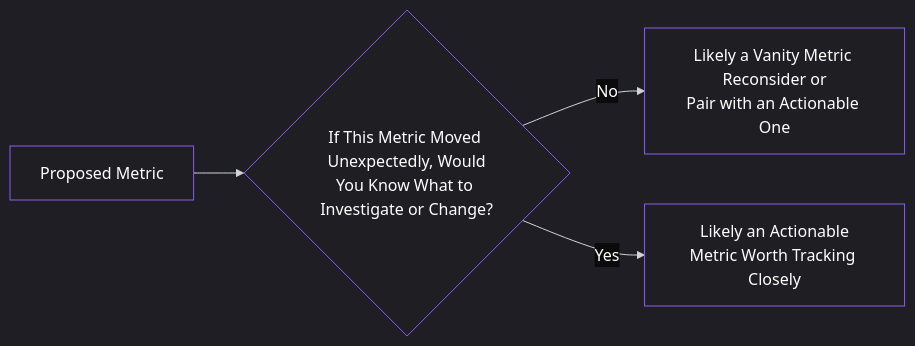
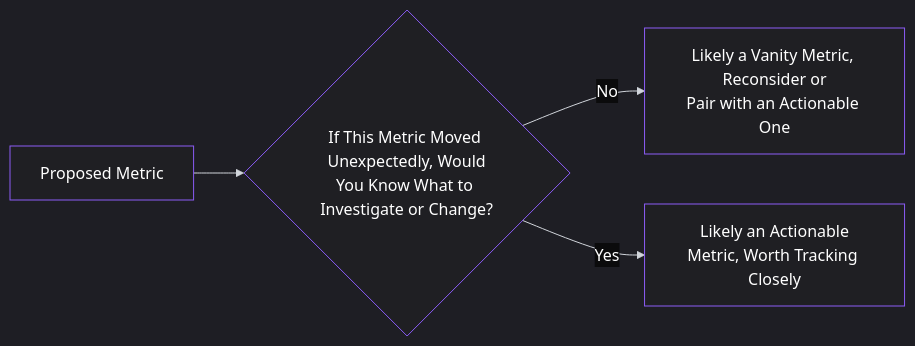
Before and after one commit to pmacademy-app/web: the first of 3 diagrams in content/lessons/lesson-041.md, drawn with Mermaid. The commit also changed other lines of this file and 275 other files, not shown here.

````diff
--- a/content/lessons/lesson-041.md
+++ b/content/lessons/lesson-041.md
@@ -61,36 +61,36 @@
 ```mermaid
 %%{init: {
   "theme": "dark",
   "themeVariables": {
     "background": "#0b0b0c",
     "primaryColor": "#1f1f23",
     "primaryTextColor": "#ffffff",
     "primaryBorderColor": "#8b5cf6",
     "lineColor": "#d1d5db",
     "secondaryColor": "#18181b",
     "tertiaryColor": "#111111",
     "mainBkg": "#1f1f23",
     "nodeBorder": "#8b5cf6",
     "clusterBkg": "#000000",
     "clusterBorder": "#27272a",
     "titleColor": "#ffffff",
     "edgeLabelBackground": "#0b0b0c",
     "nodeTextColor": "#ffffff",
     "edgeLabelColor": "#ffffff",
     "actorBorder": "#8b5cf6",
     "actorBkg": "#1f1f23",
     "actorTextColor": "#ffffff",
     "sequenceNumberColor": "#ffffff",
     "signalColor": "#8b5cf6",
     "signalTextColor": "#ffffff",
     "textColor": "#ffffff",
     "classText": "#ffffff",
     "classBorder": "#8b5cf6",
     "classBkg": "#1f1f23"
   }
 }}%%
 graph LR
     A[Proposed Metric] --> B{If This Metric Moved Unexpectedly, Would<br/>You Know What to Investigate or Change?}
-    B -->|No| C[Likely a Vanity Metric Reconsider or<br/>Pair with an Actionable One]
-    B -->|Yes| D[Likely an Actionable<br/>Metric Worth Tracking Closely]
+    B -->|No| C[Likely a Vanity Metric, Reconsider or<br/>Pair with an Actionable One]
+    B -->|Yes| D[Likely an Actionable<br/>Metric, Worth Tracking Closely]
 ```
````
